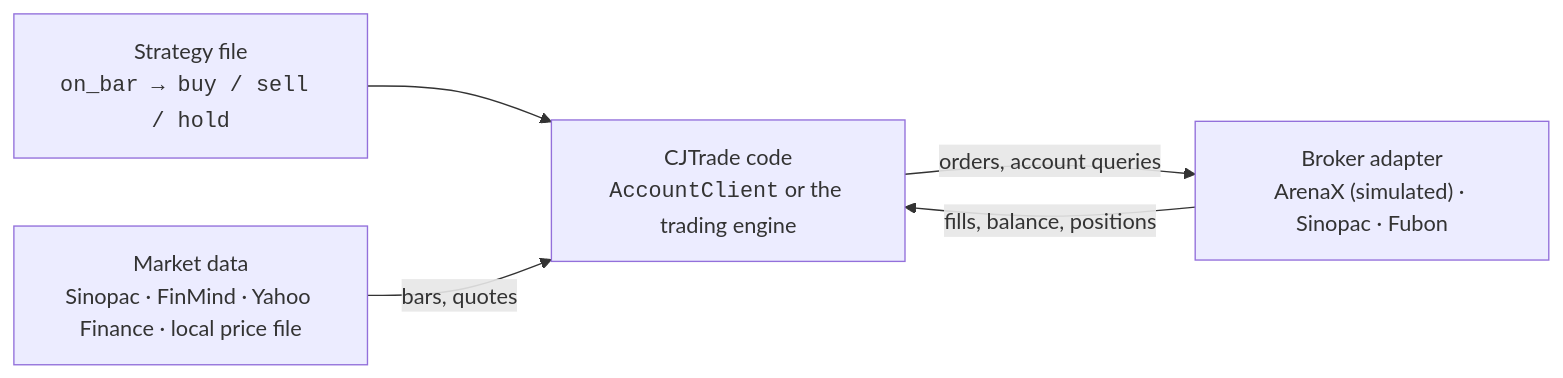
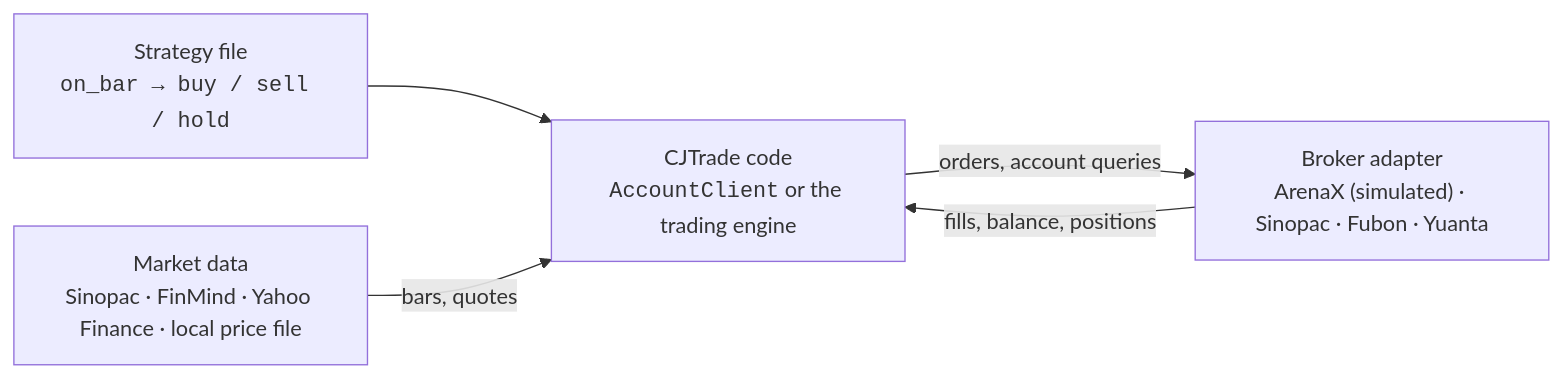
Before and after one commit to jackiesogi/CJTrade: the diagram in doc/index.md, drawn with Mermaid. The commit also changed other lines of this file and 27 other files, not shown here.

First line of the commit message:
Document Yuanta and mark Fubon and Yuanta as testing in progress

````diff
--- a/doc/index.md
+++ b/doc/index.md
@@ -25,7 +26,7 @@
 ```mermaid
 flowchart LR
     S["Strategy file<br/><code>on_bar → buy / sell / hold</code>"] --> C["CJTrade code<br/><code>AccountClient</code> or the trading engine"]
-    C -- "orders, account queries" --> B["Broker adapter<br/>ArenaX (simulated) · Sinopac · Fubon"]
+    C -- "orders, account queries" --> B["Broker adapter<br/>ArenaX (simulated) · Sinopac · Fubon · Yuanta"]
     B -- "fills, balance, positions" --> C
     M["Market data<br/>Sinopac · FinMind · Yahoo Finance · local price file"] -- "bars, quotes" --> C
 ```
````
